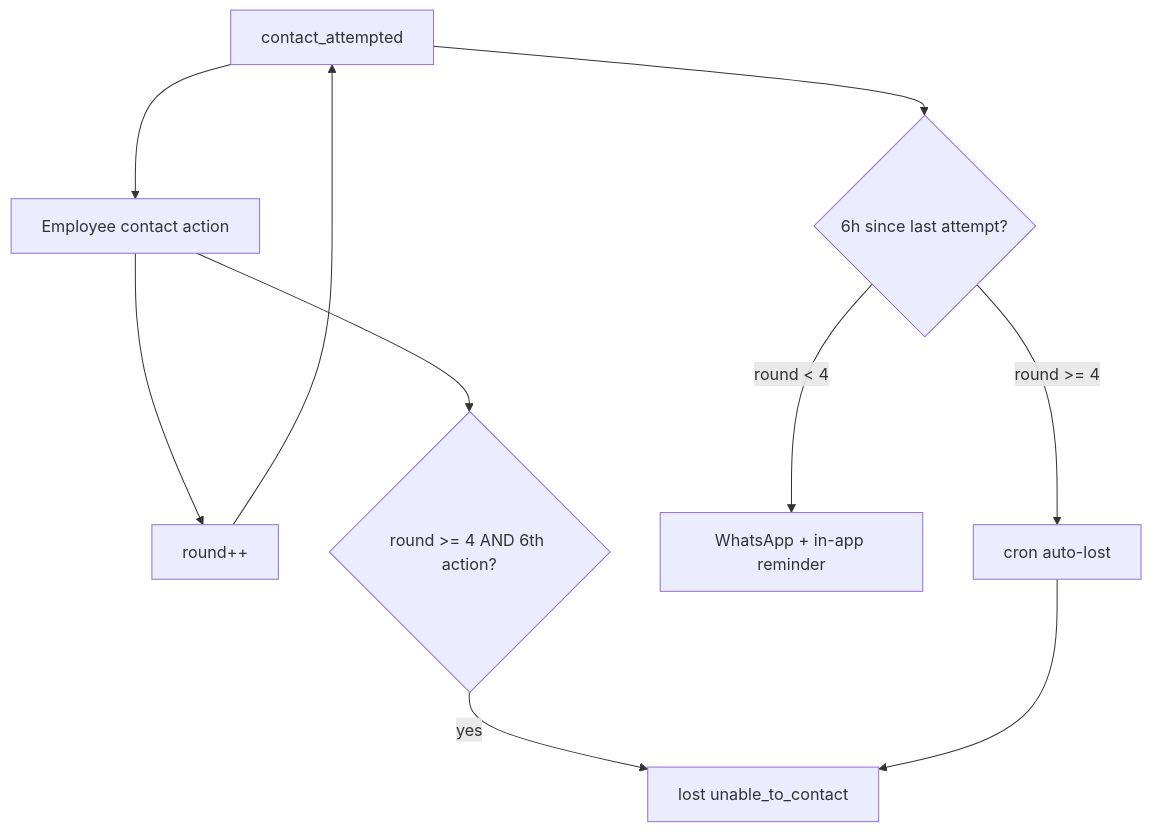
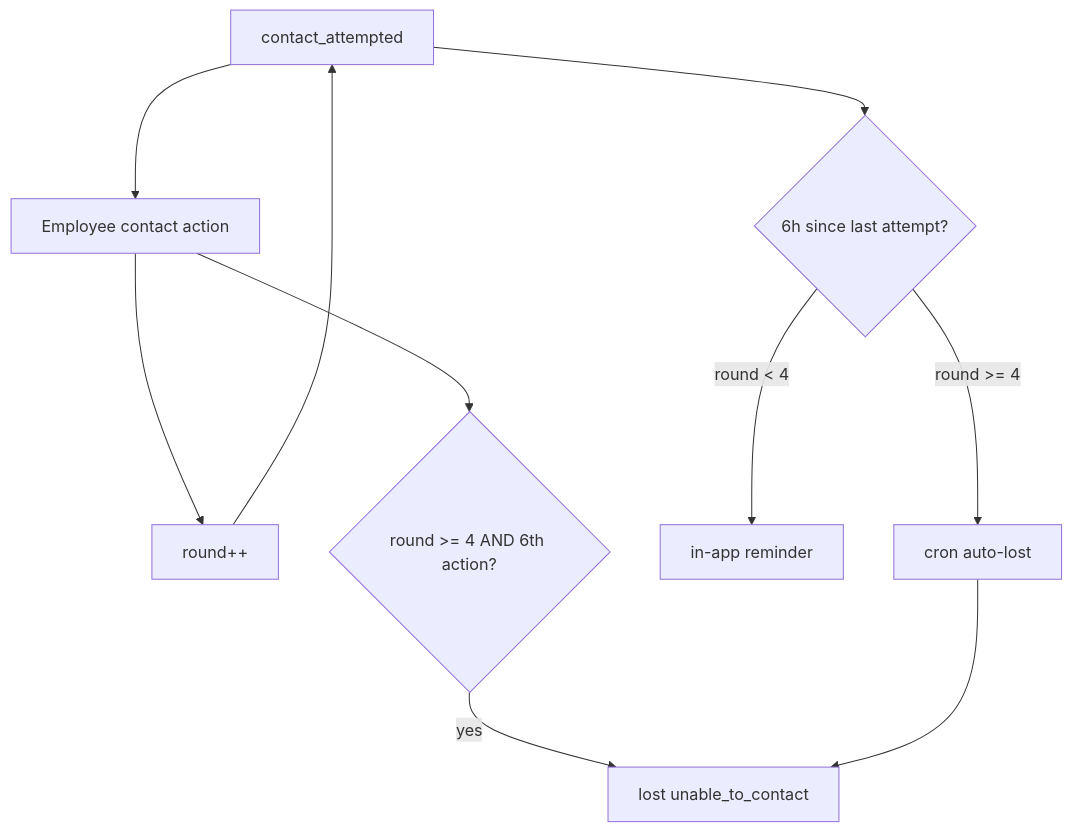
The fifth of 7 diagrams in docs/SALES_PIPELINE_WORKFLOW.md (missbeardy/tv-magic-companion), drawn with Mermaid before and after one commit. The commit also changed other lines of this file and 49 other files, not shown here.

````diff
--- a/docs/SALES_PIPELINE_WORKFLOW.md
+++ b/docs/SALES_PIPELINE_WORKFLOW.md
@@ -283,18 +283,18 @@
 ```mermaid
 flowchart TD
   CA[contact_attempted]
   Contact[Employee contact action]
   Inc[round++]
   Sixth{round >= 4 AND 6th action?}
   Lost[lost unable_to_contact]
   Cron6h{6h since last attempt?}
-  Remind[WhatsApp + in-app reminder]
+  Remind[in-app reminder]
   AutoLost[cron auto-lost]
 
   CA --> Contact --> Inc --> CA
   Contact --> Sixth
   Sixth -->|yes| Lost
   CA --> Cron6h
   Cron6h -->|round < 4| Remind
   Cron6h -->|round >= 4| AutoLost --> Lost
 ```
````
